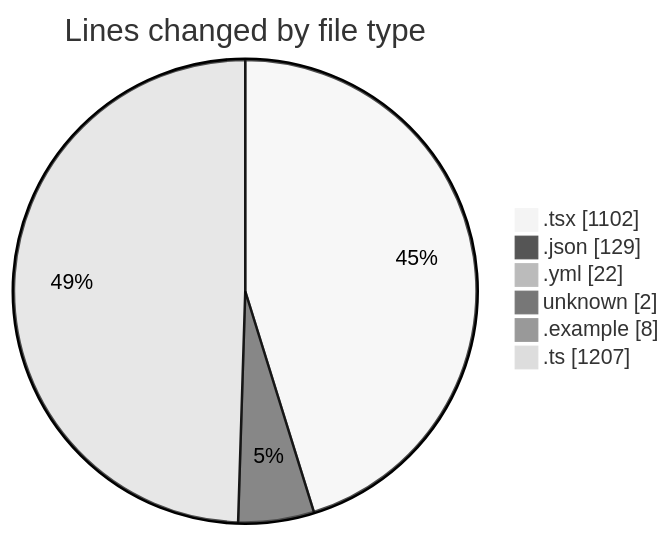
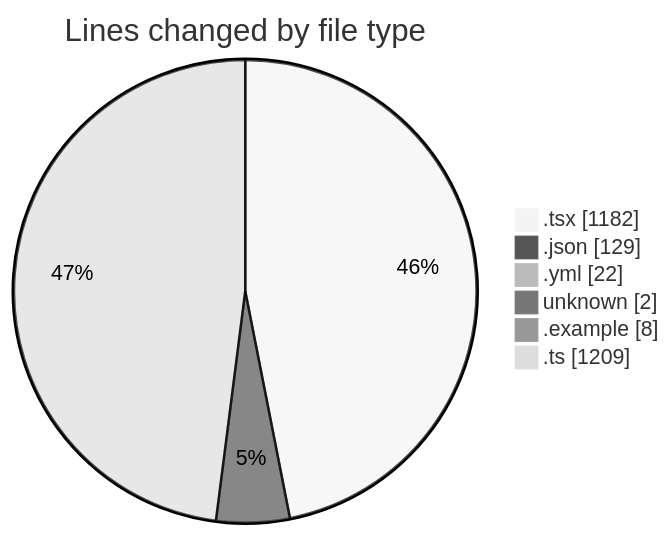
The first of 2 diagrams in 2025-11-21/eventscop-frontend-guide__workspace_/README.md (julien-gomy/code-tracking), drawn with Mermaid (neutral theme) before and after one commit. The commit also changed other lines of this file and 1 other file, not shown here.

````diff
--- a/2025-11-21/eventscop-frontend-guide__workspace_/README.md
+++ b/2025-11-21/eventscop-frontend-guide__workspace_/README.md
@@ -43,10 +44,10 @@
 ```mermaid
 pie showData
 title Lines changed by file type
-".tsx" : 1102
+".tsx" : 1182
 ".json" : 129
 ".yml" : 22
 "unknown" : 2
 ".example" : 8
-".ts" : 1207
+".ts" : 1209
 ```
````
